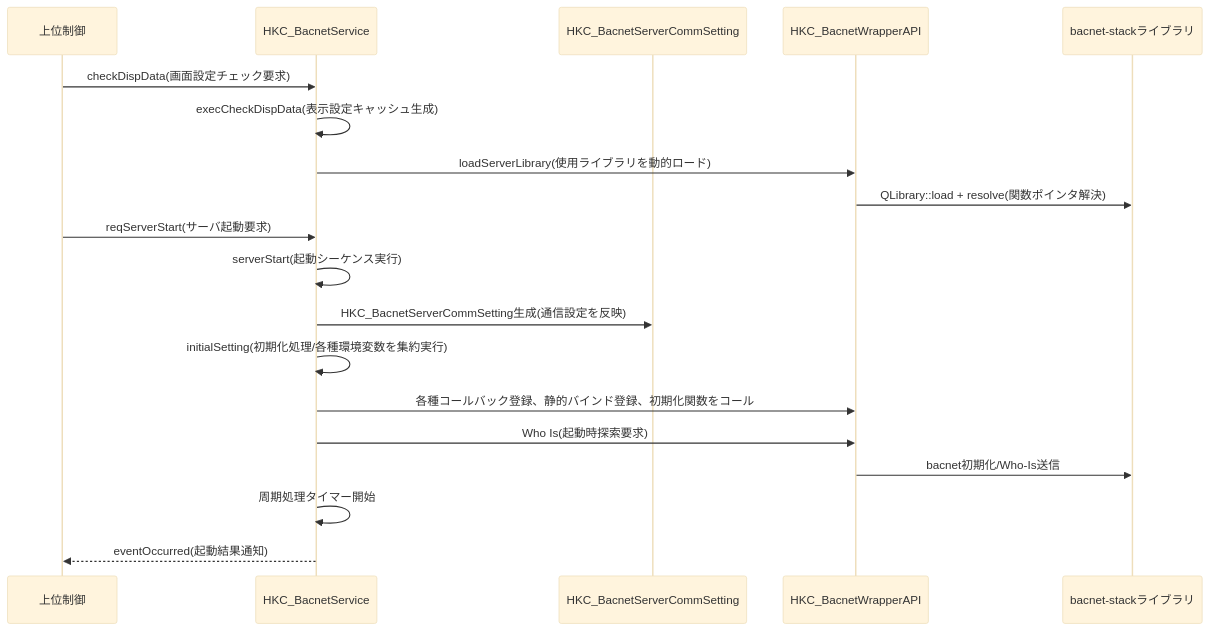
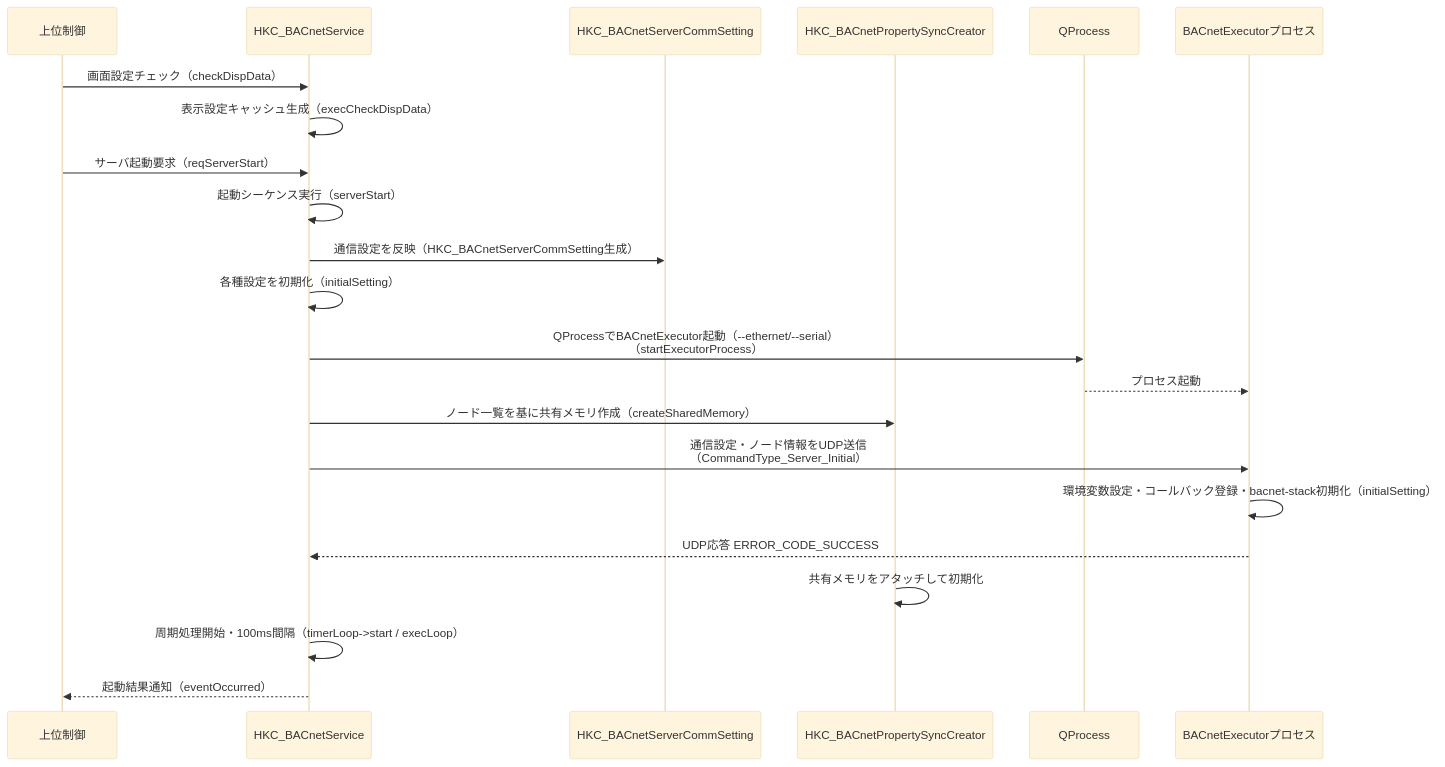
Before and after one commit to moto046/markdown-test: the seventh of 19 diagrams in bacnet.md, drawn with Mermaid (base theme). The commit also changed other lines of this file, not shown here.

````diff
--- a/bacnet.md
+++ b/bacnet.md
@@ -296,23 +461,29 @@
 ```mermaid
 sequenceDiagram
   participant Caller as 上位制御
-  participant Svc as HKC_BacnetService
-  participant Setting as HKC_BacnetServerCommSetting
-  participant Wrap as HKC_BacnetWrapperAPI
-  participant Lib as bacnet-stackライブラリ
+  participant Svc as HKC_BACnetService
+  participant Setting as HKC_BACnetServerCommSetting
+  participant Creator as HKC_BACnetPropertySyncCreator
+  participant Proc as QProcess
+  participant Exec as BACnetExecutorプロセス
 
-  Caller->>Svc: checkDispData(画面設定チェック要求)
-  Svc->>Svc: execCheckDispData(表示設定キャッシュ生成)
-  Svc->>Wrap: loadServerLibrary(使用ライブラリを動的ロード)
-  Wrap->>Lib: QLibrary::load + resolve(関数ポインタ解決)
+  Caller->>Svc: 画面設定チェック（checkDispData）
+  Svc->>Svc: 表示設定キャッシュ生成（execCheckDispData）
 
-  Caller->>Svc: reqServerStart(サーバ起動要求)
-  Svc->>Svc: serverStart(起動シーケンス実行)
-  Svc->>Setting: HKC_BacnetServerCommSetting生成(通信設定を反映)
-  Svc->>Svc: initialSetting(初期化処理/各種環境変数を集約実行)
-  Svc->>Wrap: 各種コールバック登録、静的バインド登録、初期化関数をコール
-  Svc->>Wrap: Who Is(起動時探索要求)
-  Wrap->>Lib: bacnet初期化/Who-Is送信
-  Svc->>Svc: 周期処理タイマー開始
-  Svc-->>Caller: eventOccurred(起動結果通知)
+  Caller->>Svc: サーバ起動要求（reqServerStart）
+  Svc->>Svc: 起動シーケンス実行（serverStart）
+  Svc->>Setting: 通信設定を反映（HKC_BACnetServerCommSetting生成）
+  Svc->>Svc: 各種設定を初期化（initialSetting）
+
+  Svc->>Proc: QProcessでBACnetExecutor起動（--ethernet/--serial）<br/>（startExecutorProcess）
+  Proc-->>Exec: プロセス起動
+
+  Svc->>Creator: ノード一覧を基に共有メモリ作成（createSharedMemory）
+  Svc->>Exec: 通信設定・ノード情報をUDP送信<br/>（CommandType_Server_Initial）
+  Exec->>Exec: 環境変数設定・コールバック登録・bacnet-stack初期化（initialSetting）
+  Exec-->>Svc: UDP応答 ERROR_CODE_SUCCESS
+
+  Creator->>Creator: 共有メモリをアタッチして初期化
+  Svc->>Svc: 周期処理開始・100ms間隔（timerLoop->start / execLoop）
+  Svc-->>Caller: 起動結果通知（eventOccurred）
 ```
````
